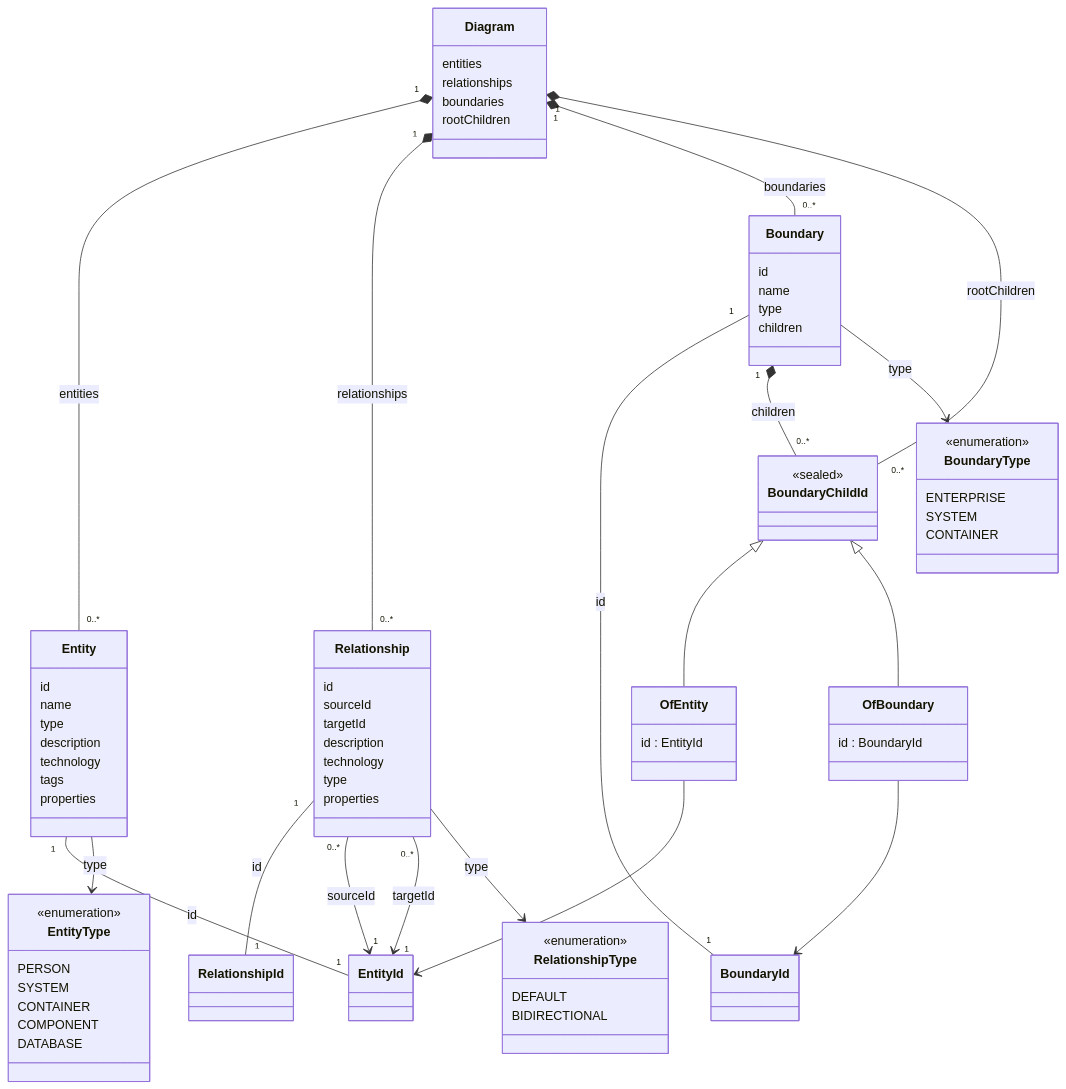
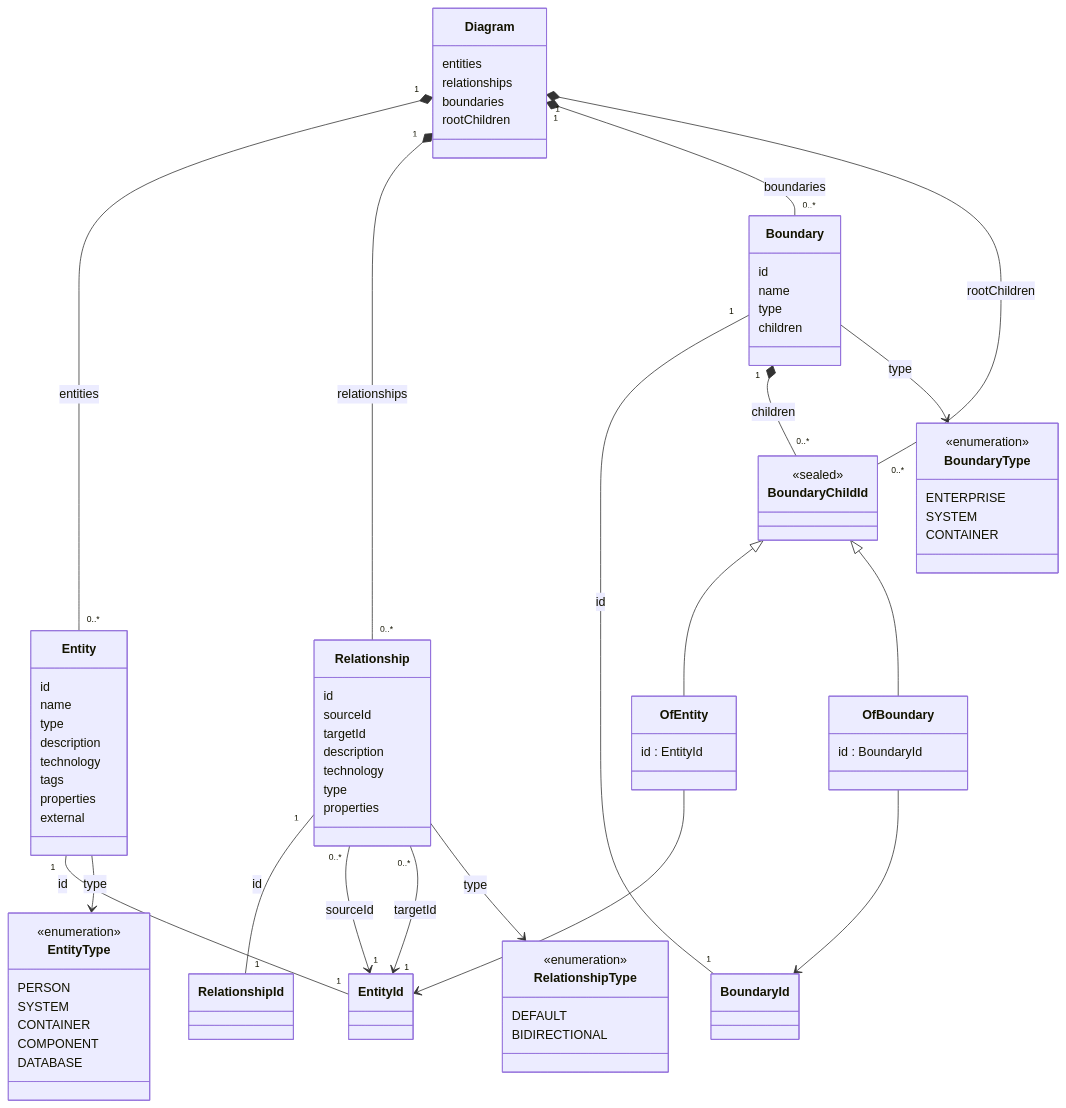
Before and after one commit to stevenl/diagram-composer: the seventh of 8 diagrams in docs/architecture.md, drawn with Mermaid. The commit also changed other lines of this file and 8 other files, not shown here.

First line of the commit message:
fix(adapter-plantuml-c4): preserve Person_Ext/System_Ext on round-trip

```diff
--- a/docs/architecture.md
+++ b/docs/architecture.md
@@ -384,6 +391,7 @@
         technology
         tags
         properties
+        external
     }
 
     class Relationship {
```
